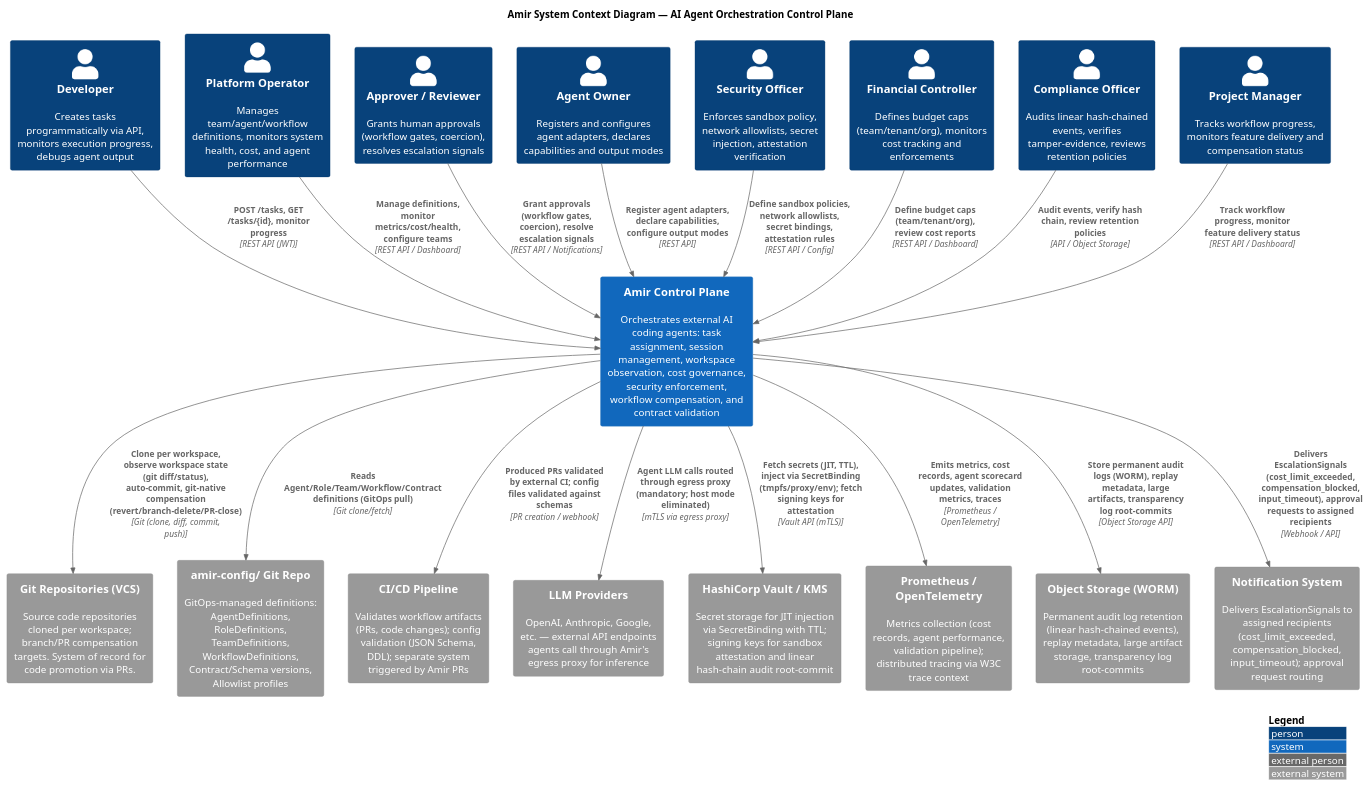
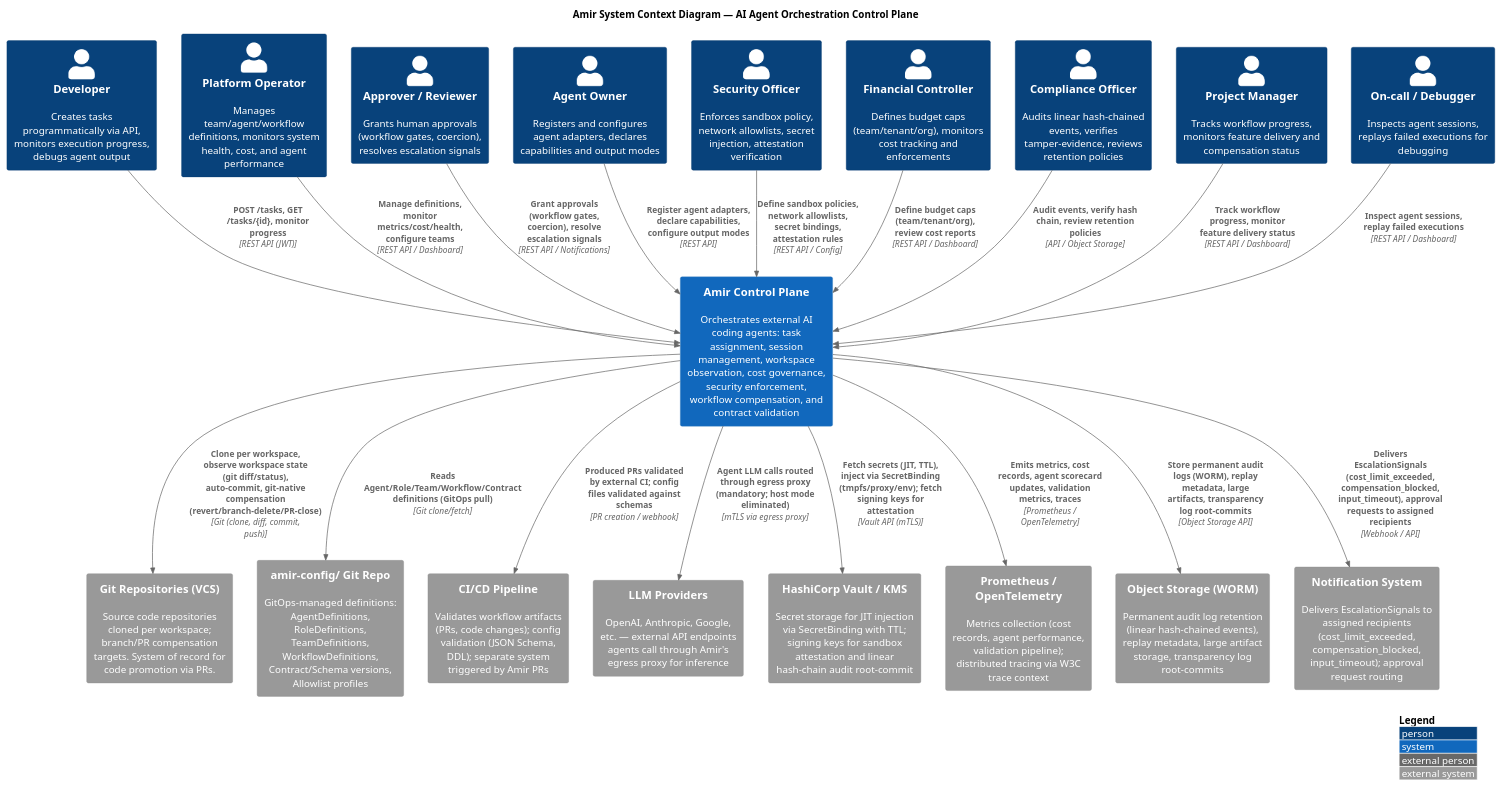
One commit to salimnamvar/amir changed the diagram in docs/c4-model/context-diagram.puml. Above: the diagram before and after it, drawn with PlantUML.

Commit message:
fix(diagram): add On-call/Debugger actor for replay debugging
Source: Minimax audit. Debugger inspects AgentSession checkpoints and
replays ReplayMetadata to reproduce failed executions
(US-AGENT-011, US-OBSERV-007).

```diff
--- a/docs/c4-model/context-diagram.puml
+++ b/docs/c4-model/context-diagram.puml
@@ -1,67 +1,69 @@
 @startuml Amir-System-Context
 !include https://raw.githubusercontent.com/plantuml-stdlib/C4-PlantUML/master/C4_Context.puml
 
 LAYOUT_WITH_LEGEND()
 
 title Amir System Context Diagram — AI Agent Orchestration Control Plane
 
 ' ──────────────────────────────────────────────────────────────────
 ' ACTORS
 ' ──────────────────────────────────────────────────────────────────
 
 Person(developer, "Developer", "Creates tasks programmatically via API, monitors execution progress, debugs agent output")
 Person(platform_operator, "Platform Operator", "Manages team/agent/workflow definitions, monitors system health, cost, and agent performance")
 Person(approver, "Approver / Reviewer", "Grants human approvals (workflow gates, coercion), resolves escalation signals")
 Person(agent_owner, "Agent Owner", "Registers and configures agent adapters, declares capabilities and output modes")
 Person(security_officer, "Security Officer", "Enforces sandbox policy, network allowlists, secret injection, attestation verification")
 Person(financial_controller, "Financial Controller", "Defines budget caps (team/tenant/org), monitors cost tracking and enforcements")
 Person(compliance_officer, "Compliance Officer", "Audits linear hash-chained events, verifies tamper-evidence, reviews retention policies")
 Person(project_manager, "Project Manager", "Tracks workflow progress, monitors feature delivery and compensation status")
+Person(debugger, "On-call / Debugger", "Inspects agent sessions, replays failed executions for debugging")
 
 ' ──────────────────────────────────────────────────────────────────
 ' AMIR SYSTEM
 ' ──────────────────────────────────────────────────────────────────
 
 System(amir, "Amir Control Plane", "Orchestrates external AI coding agents: task assignment, session management, workspace observation, cost governance, security enforcement, workflow compensation, and contract validation")
 
 ' ──────────────────────────────────────────────────────────────────
 ' EXTERNAL SYSTEMS
 ' ──────────────────────────────────────────────────────────────────
 
 System_Ext(git_repos, "Git Repositories (VCS)", "Source code repositories cloned per workspace; branch/PR compensation targets. System of record for code promotion via PRs.")
 System_Ext(git_config, "amir-config/ Git Repo", "GitOps-managed definitions: AgentDefinitions, RoleDefinitions, TeamDefinitions, WorkflowDefinitions, Contract/Schema versions, Allowlist profiles")
 System_Ext(ci_cd, "CI/CD Pipeline", "Validates workflow artifacts (PRs, code changes); config validation (JSON Schema, DDL); separate system triggered by Amir PRs")
 System_Ext(llm_providers, "LLM Providers", "OpenAI, Anthropic, Google, etc. — external API endpoints agents call through Amir's egress proxy for inference")
 System_Ext(vault, "HashiCorp Vault / KMS", "Secret storage for JIT injection via SecretBinding with TTL; signing keys for sandbox attestation and linear hash-chain audit root-commit")
 System_Ext(prometheus, "Prometheus / OpenTelemetry", "Metrics collection (cost records, agent performance, validation pipeline); distributed tracing via W3C trace context")
 System_Ext(object_storage, "Object Storage (WORM)", "Permanent audit log retention (linear hash-chained events), replay metadata, large artifact storage, transparency log root-commits")
 System_Ext(notification_system, "Notification System", "Delivers EscalationSignals to assigned recipients (cost_limit_exceeded, compensation_blocked, input_timeout); approval request routing")
 
 ' ──────────────────────────────────────────────────────────────────
 ' RELATIONSHIPS — ACTORS → AMIR
 ' ──────────────────────────────────────────────────────────────────
 
 Rel(developer, amir, "POST /tasks, GET /tasks/{id}, monitor progress", "REST API (JWT)")
 Rel(platform_operator, amir, "Manage definitions, monitor metrics/cost/health, configure teams", "REST API / Dashboard")
 Rel(approver, amir, "Grant approvals (workflow gates, coercion), resolve escalation signals", "REST API / Notifications")
 Rel(agent_owner, amir, "Register agent adapters, declare capabilities, configure output modes", "REST API")
 Rel(security_officer, amir, "Define sandbox policies, network allowlists, secret bindings, attestation rules", "REST API / Config")
 Rel(financial_controller, amir, "Define budget caps (team/tenant/org), review cost reports", "REST API / Dashboard")
 Rel(compliance_officer, amir, "Audit events, verify hash chain, review retention policies", "API / Object Storage")
 Rel(project_manager, amir, "Track workflow progress, monitor feature delivery status", "REST API / Dashboard")
+Rel(debugger, amir, "Inspect agent sessions, replay failed executions", "REST API / Dashboard")
 
 ' ──────────────────────────────────────────────────────────────────
 ' RELATIONSHIPS — AMIR → EXTERNAL SYSTEMS
 ' ──────────────────────────────────────────────────────────────────
 
 Rel(amir, git_config, "Reads Agent/Role/Team/Workflow/Contract definitions (GitOps pull)", "Git clone/fetch")
 Rel(amir, git_repos, "Clone per workspace, observe workspace state (git diff/status), auto-commit, git-native compensation (revert/branch-delete/PR-close)", "Git (clone, diff, commit, push)")
 Rel(amir, ci_cd, "Produced PRs validated by external CI; config files validated against schemas", "PR creation / webhook")
 
 Rel(amir, llm_providers, "Agent LLM calls routed through egress proxy (mandatory; host mode eliminated)", "mTLS via egress proxy")
 Rel(amir, vault, "Fetch secrets (JIT, TTL), inject via SecretBinding (tmpfs/proxy/env); fetch signing keys for attestation", "Vault API (mTLS)")
 Rel(amir, prometheus, "Emits metrics, cost records, agent scorecard updates, validation metrics, traces", "Prometheus / OpenTelemetry")
 Rel(amir, object_storage, "Store permanent audit logs (WORM), replay metadata, large artifacts, transparency log root-commits", "Object Storage API")
 Rel(amir, notification_system, "Delivers EscalationSignals (cost_limit_exceeded, compensation_blocked, input_timeout), approval requests to assigned recipients", "Webhook / API")
 
 @enduml
```
